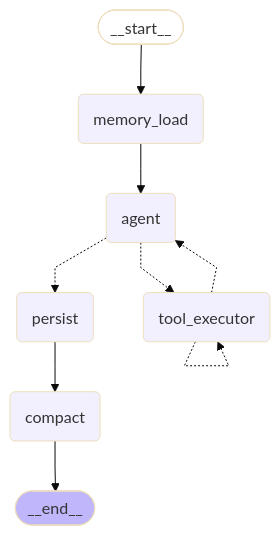
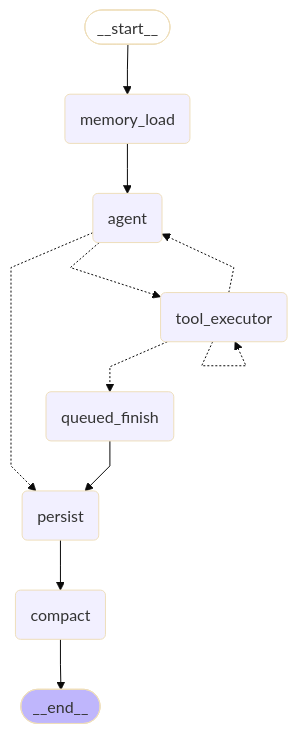
Before and after one commit to muppas1m/Jarvis: the diagram in docs/architecture/generated/05_agent_graph.md, drawn with Mermaid (base theme). The commit also changed 3 other files, not shown here.

Commit message:
agent: stop duplicate approval cards — end the turn after an all-[QUEUED] tool round (no re-queue loop) + content-level dedup of identical un-resolved actions

````diff
--- a/docs/architecture/generated/05_agent_graph.md
+++ b/docs/architecture/generated/05_agent_graph.md
@@ -9,26 +9,29 @@
 ```mermaid
 ---
 config:
   flowchart:
     curve: linear
 ---
 graph TD;
 	__start__([<p>__start__</p>]):::first
 	memory_load(memory_load)
 	agent(agent)
 	tool_executor(tool_executor)
+	queued_finish(queued_finish)
 	persist(persist)
 	compact(compact)
 	__end__([<p>__end__</p>]):::last
 	__start__ --> memory_load;
 	agent -.-> persist;
 	agent -.-> tool_executor;
 	memory_load --> agent;
 	persist --> compact;
+	queued_finish --> persist;
 	tool_executor -.-> agent;
+	tool_executor -.-> queued_finish;
 	compact --> __end__;
 	tool_executor -.-> tool_executor;
 	classDef default fill:#f2f0ff,line-height:1.2
 	classDef first fill-opacity:0
 	classDef last fill:#bfb6fc
 ```
````
